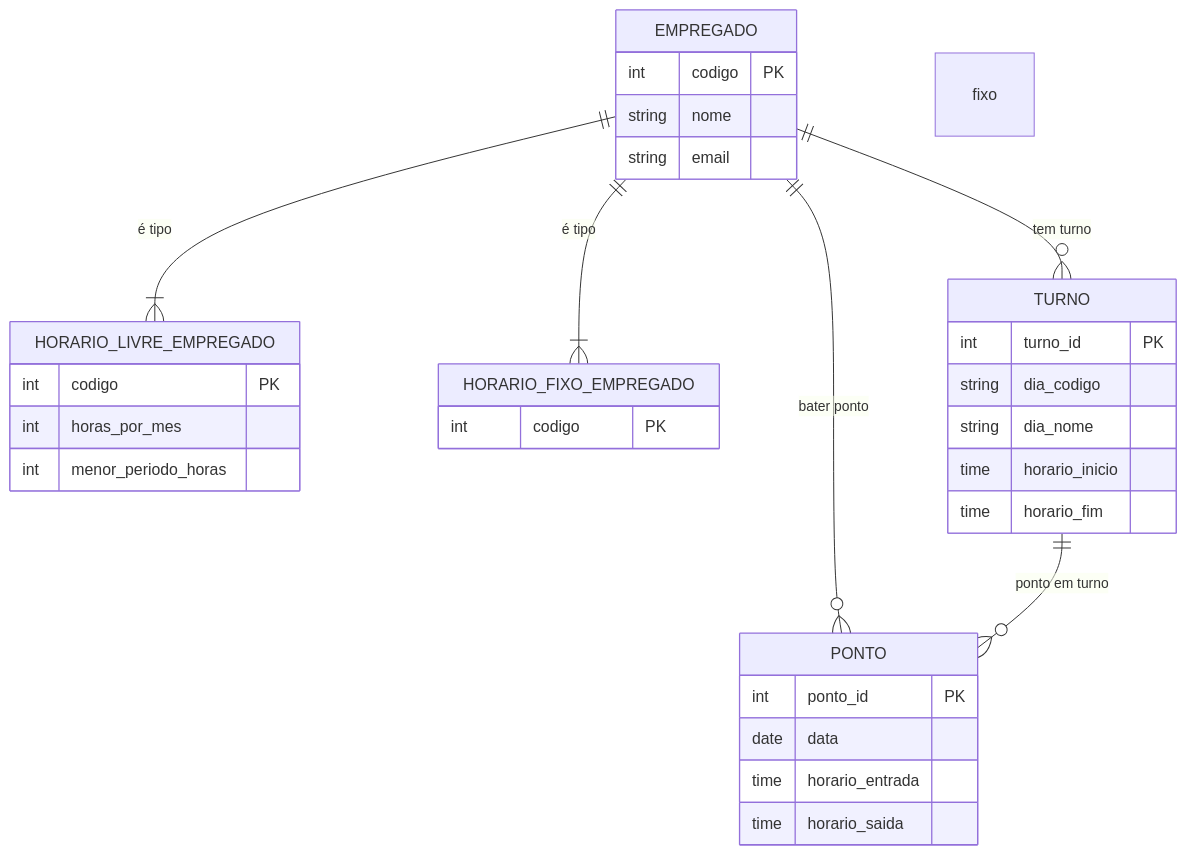
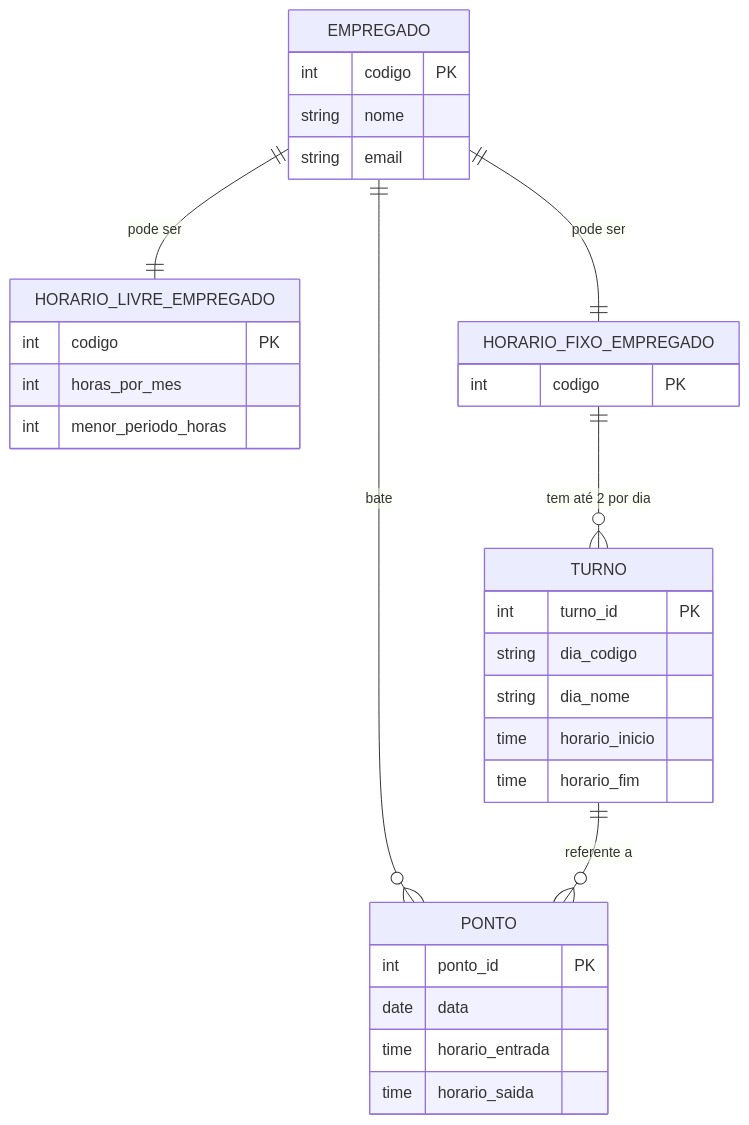
The diagram in database/20252/tarefas/coderlupus/tarefa01.md (tacianosilva/bsi-tasks), drawn with Mermaid before and after one commit. The commit also changed other lines of this file, not shown here.

Commit message:
feat: ajeitando diagrama com base no enunciado #161

````diff
--- a/database/20252/tarefas/coderlupus/tarefa01.md
+++ b/database/20252/tarefas/coderlupus/tarefa01.md
@@ -45,43 +45,43 @@
 ```mermaid
 erDiagram
     EMPREGADO {
         int codigo PK
         string nome
         string email
     }
 
     HORARIO_LIVRE_EMPREGADO {
-        int codigo PK  
+        int codigo PK
         int horas_por_mes
         int menor_periodo_horas
     }
 
     HORARIO_FIXO_EMPREGADO {
-        int codigo PK  
+        int codigo PK
     }
 
     TURNO {
         int turno_id PK
-        string dia_codigo  
-        string dia_nome    
+        string dia_codigo
+        string dia_nome
         time horario_inicio
         time horario_fim
     }
 
     PONTO {
         int ponto_id PK
         date data
         time horario_entrada
         time horario_saida
     }
 
     %% Relações entre entidades
 
-    EMPREGADO ||--|{ HORARIO_LIVRE_EMPREGADO : "é tipo"
-    EMPREGADO ||--|{ HORARIO_FIXO_EMPREGADO : "é tipo"
+    EMPREGADO ||--|| HORARIO_LIVRE_EMPREGADO : "pode ser"
+    EMPREGADO ||--|| HORARIO_FIXO_EMPREGADO : "pode ser"
 
-    EMPREGADO ||--o{ PONTO : "bater ponto"
-    EMPREGADO ||--o{ TURNO : "tem turno" fixo
+    HORARIO_FIXO_EMPREGADO ||--o{ TURNO : "tem até 2 por dia"
 
-    TURNO ||--o{ PONTO : "ponto em turno"
+    EMPREGADO ||--o{ PONTO : "bate"
+    TURNO ||--o{ PONTO : "referente a"
 ```
````
